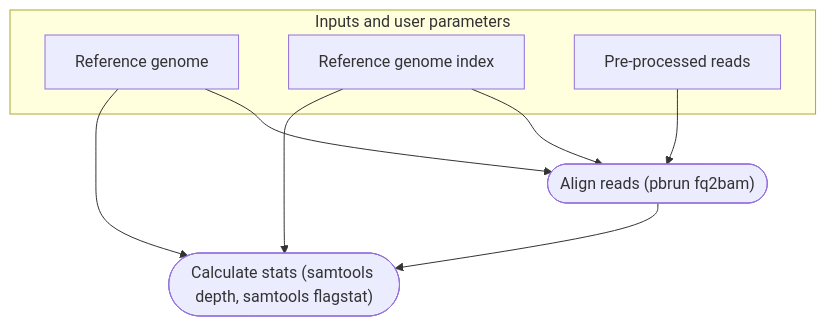
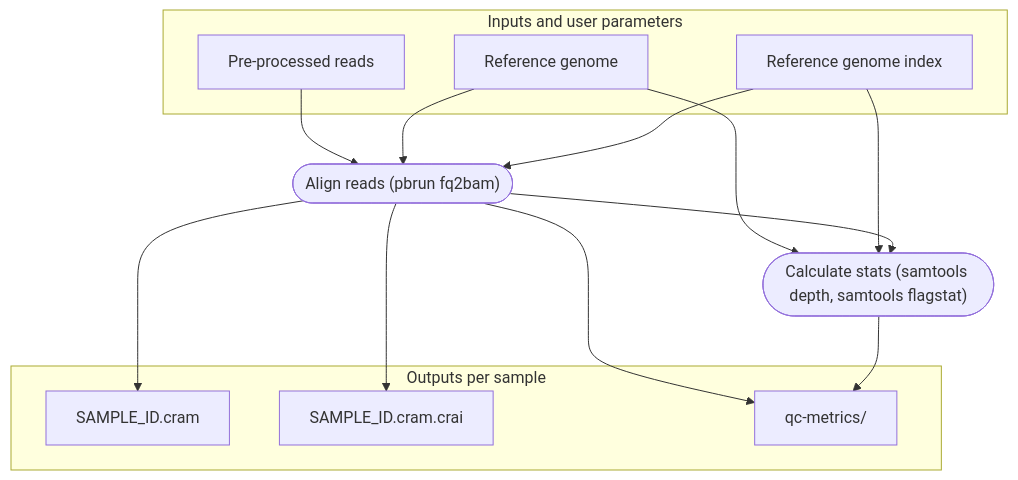
One commit to EcoEvoGenomics/genotyping_pipeline changed the second of 5 diagrams in README.md. Above: the diagram before and after it, drawn with Mermaid. The commit also changed other lines of this file, not shown here.

Commit message:
README.md: Add outputs to all mermaid flowcharts

````diff
--- a/README.md
+++ b/README.md
@@ -94,16 +104,25 @@
 ```mermaid
 flowchart TB
    subgraph "Inputs and user parameters"
    v2["Reference genome"]
    v3["Reference genome index"]
    v0["Pre-processed reads"]
    end
    v4(["Align reads (pbrun fq2bam)"])
    v6(["Calculate stats (samtools depth, samtools flagstat)"])
    v0 --> v4
    v2 --> v4
    v3 --> v4
    v2 --> v6
    v3 --> v6
    v4 --> v6
+   v4 --> v7
+   v4 --> v8
+   v4 --> v9
+   v6 --> v9
+   subgraph "Outputs per sample"
+   v7["SAMPLE_ID.cram"]
+   v8["SAMPLE_ID.cram.crai"]
+   v9["qc-metrics/"]
+   end
 ```
````
